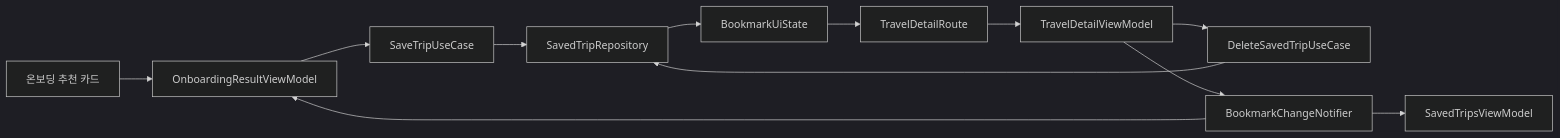
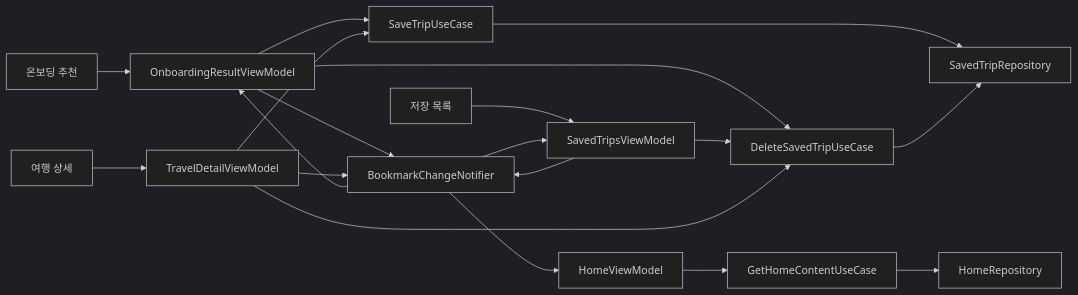
The diagram in docs/intermediate/bookmark-ui-state.md (SAIRO14/SAIRO-ANDROID), drawn with Mermaid (dark theme) before and after one commit. The commit also changed other lines of this file, not shown here.

Commit message:
docs/#55: 여행지 동기화 흐름 문서화

````diff
--- a/docs/intermediate/bookmark-ui-state.md
+++ b/docs/intermediate/bookmark-ui-state.md
@@ -36,14 +38,21 @@
 ```mermaid
 flowchart LR
-    RESULT[온보딩 추천 카드] --> RVM[OnboardingResultViewModel]
+    RESULT[온보딩 추천] --> RVM[OnboardingResultViewModel]
+    LIST[저장 목록] --> SVM[SavedTripsViewModel]
+    DETAIL[여행 상세] --> DVM[TravelDetailViewModel]
     RVM --> SAVE[SaveTripUseCase]
+    RVM --> DELETE[DeleteSavedTripUseCase]
+    SVM --> DELETE
+    DVM --> SAVE
+    DVM --> DELETE
     SAVE --> REPO[SavedTripRepository]
-    REPO --> STATE[BookmarkUiState]
-    STATE --> ROUTE[TravelDetailRoute]
-    ROUTE --> DVM[TravelDetailViewModel]
-    DVM --> DELETE[DeleteSavedTripUseCase]
     DELETE --> REPO
-    DVM --> CHANGE[BookmarkChangeNotifier]
+    RVM --> CHANGE[BookmarkChangeNotifier]
+    SVM --> CHANGE
+    DVM --> CHANGE
     CHANGE --> RVM
-    CHANGE --> SVM[SavedTripsViewModel]
+    CHANGE --> SVM
+    CHANGE --> HVM[HomeViewModel]
+    HVM --> HOME[GetHomeContentUseCase]
+    HOME --> HREPO[HomeRepository]
 ```
````
